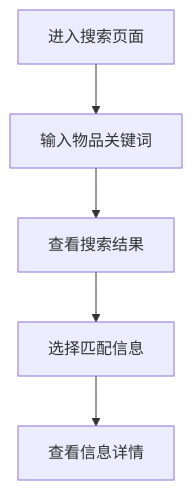
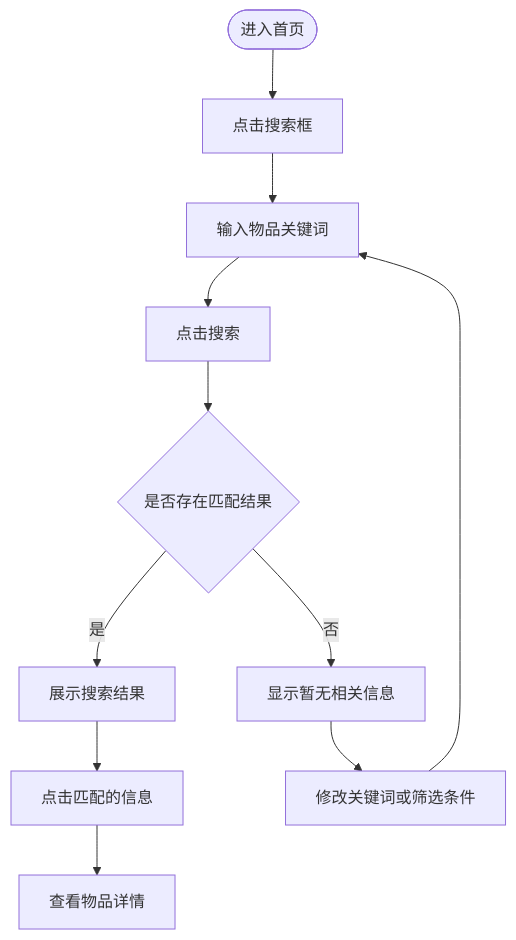
One commit to tw1l1ghtcc/campus-lost-found changed the third of 4 diagrams in docs/flow.md. Above: the diagram before and after it, drawn with Mermaid. The commit also changed other lines of this file and 2 other files, not shown here.

Commit message:
更改流程图文本文件

````diff
--- a/docs/flow.md
+++ b/docs/flow.md
@@ -27,7 +35,13 @@
 ```mermaid
 flowchart TD
-    A[进入搜索页面] --> B[输入物品关键词]
-    B --> C[查看搜索结果]
-    C --> D[选择匹配信息]
-    D --> E[查看信息详情]
+    A([进入首页]) --> B[点击搜索框]
+    B --> C[输入物品关键词]
+    C --> D[点击搜索]
+    D --> E{是否存在匹配结果}
+    E -->|是| F[展示搜索结果]
+    F --> G[点击匹配的信息]
+    G --> H[查看物品详情]
+    E -->|否| I[显示暂无相关信息]
+    I --> J[修改关键词或筛选条件]
+    J --> C
 ```
````
